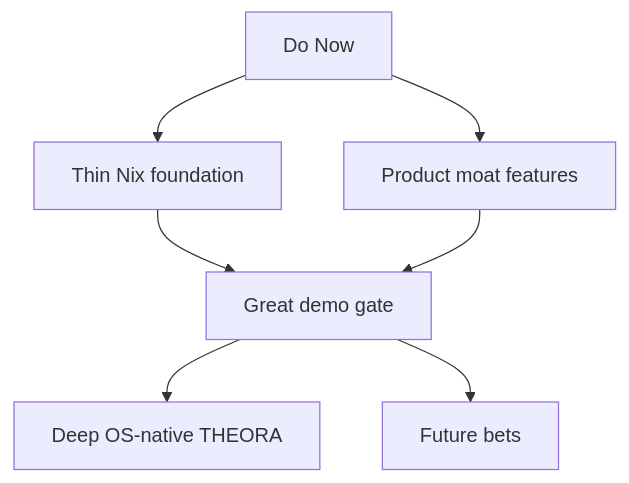
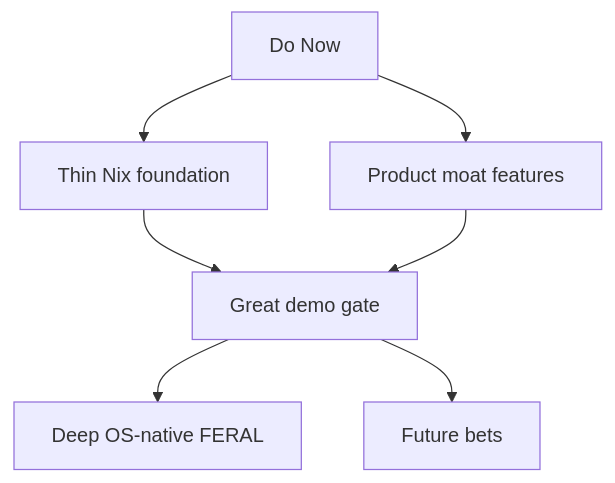
The diagram in docs/ROADMAP.md (Spatial-AgenticOS/ASOS), drawn with Mermaid before and after one commit. The commit also changed other lines of this file and 550 other files, not shown here.

First line of the commit message:
rebrand: THEORA/ASOS -> FERAL — AI off the leash

````diff
--- a/docs/ROADMAP.md
+++ b/docs/ROADMAP.md
@@ -25,16 +25,16 @@
 ```mermaid
 flowchart TD
   doNow["Do Now"]
   thinNix["Thin Nix foundation"]
   productMoat["Product moat features"]
   demoGate["Great demo gate"]
-  osNative["Deep OS-native THEORA"]
+  osNative["Deep OS-native FERAL"]
   futureBets["Future bets"]
 
   doNow --> thinNix
   doNow --> productMoat
   thinNix --> demoGate
   productMoat --> demoGate
   demoGate --> osNative
   demoGate --> futureBets
 ```
````
